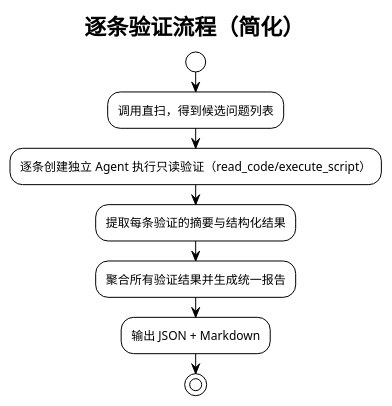
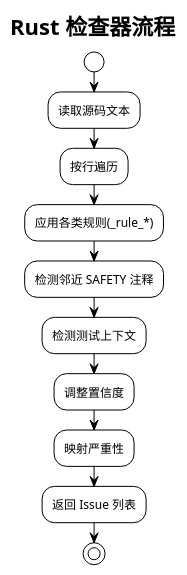
One commit to skyfireitdiy/Jarvis changed diagram 41 of 60 in 技术报告.md. Above: the diagram before and after it, drawn with PlantUML. The commit also changed other lines of this file and 3 other files, not shown here.

````diff
--- a/技术报告.md
+++ b/技术报告.md
@@ -2094,14 +2495,17 @@
 ```plantuml
 @startuml
 !theme plain
-title 逐条验证流程（简化）
+title Rust 检查器流程
 
 start
-:调用直扫，得到候选问题列表;
-:逐条创建独立 Agent 执行只读验证（read_code/execute_script）;
-:提取每条验证的摘要与结构化结果;
-:聚合所有验证结果并生成统一报告;
-:输出 JSON + Markdown;
+:读取源码文本;
+:按行遍历;
+:应用各类规则(_rule_*);
+:检测邻近 SAFETY 注释;
+:检测测试上下文;
+:调整置信度;
+:映射严重性;
+:返回 Issue 列表;
 stop
 @enduml
 ```
````
